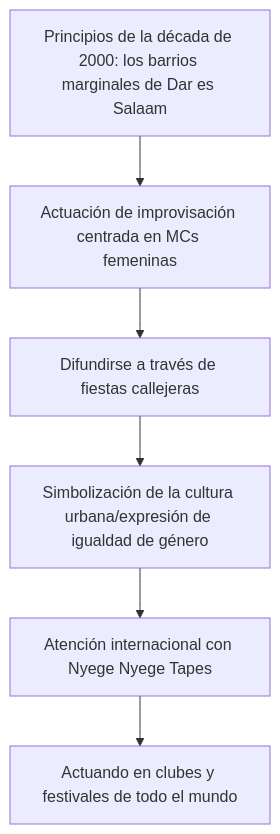
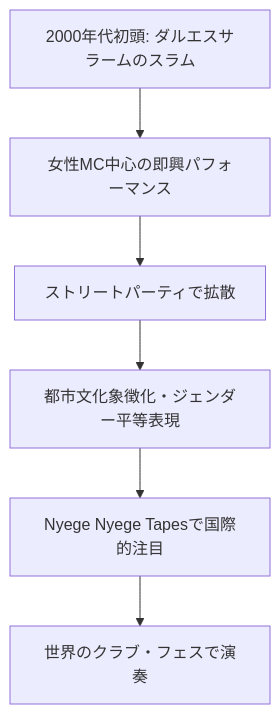
One commit to monumental-movement/monumental-movement.github.io changed the first of 6 diagrams in es/_posts/2025-10-04-Column-Nyege-Nyege.md. Above: the diagram before and after it, drawn with Mermaid. The commit also changed other lines of this file and 299 other files, not shown here.

```diff
--- a/es/_posts/2025-10-04-Column-Nyege-Nyege.md
+++ b/es/_posts/2025-10-04-Column-Nyege-Nyege.md
@@ -102,10 +102,10 @@
 <div class="mermaid">
 
 flowchart TD
-    A["Principios de la década de 2000: los barrios marginales de Dar es Salaam"] --> B["Actuación de improvisación centrada en MCs femeninas"]
-    B --> C["Difundirse a través de fiestas callejeras"]
-        C --> D["Simbolización de la cultura urbana/expresión de igualdad de género"]
-    D --> E["Atención internacional con Nyege Nyege Tapes"]
-    E --> F["Actuando en clubes y festivales de todo el mundo"]
+    A["2000年代初頭: ダルエスサラームのスラム"] --> B["女性MC中心の即興パフォーマンス"]
+    B --> C["ストリートパーティで拡散"]
+        C --> D["都市文化象徴化・ジェンダー平等表現"]
+    D --> E["Nyege Nyege Tapesで国際的注目"]
+    E --> F["世界のクラブ・フェスで演奏"]
 
 </div>
```
